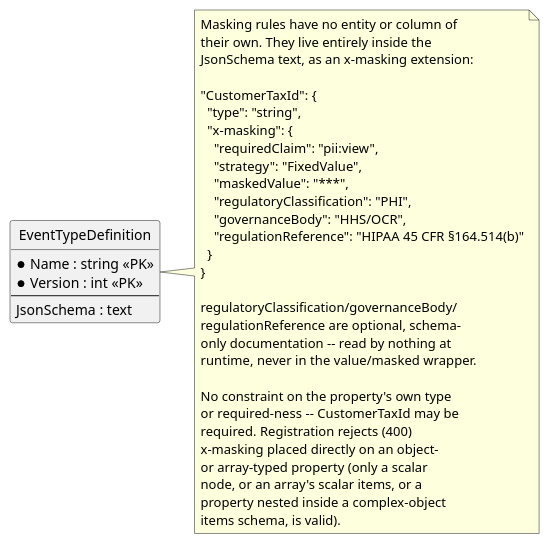
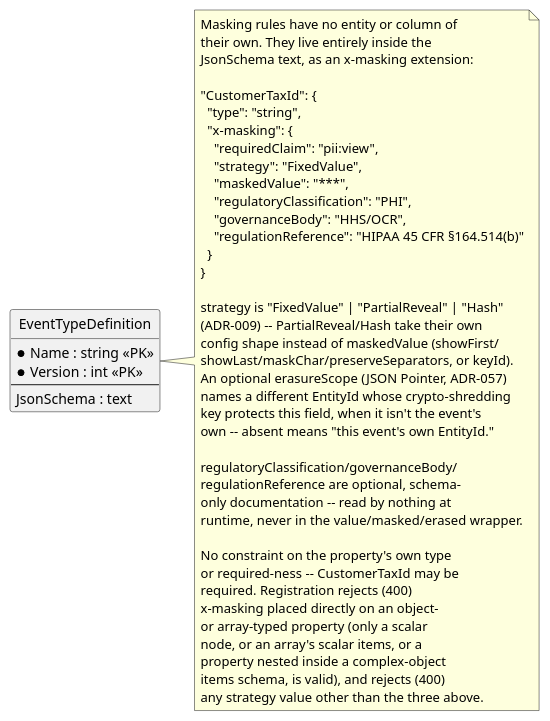
The second of 2 diagrams in docs/features/masking.md (Mwwhited-BookLearning/EventSourcing), drawn with PlantUML before and after one commit. The commit also changed other lines of this file and 39 other files, not shown here.

````diff
--- a/docs/features/masking.md
+++ b/docs/features/masking.md
@@ -90,45 +133,55 @@
 ```plantuml
 @startuml Masking_ER
 hide circle
 skinparam linetype ortho
 
 entity "EventTypeDefinition" as etd {
   * Name : string <<PK>>
   * Version : int <<PK>>
   --
   JsonSchema : text
 }
 
 note right of etd
   Masking rules have no entity or column of
   their own. They live entirely inside the
   JsonSchema text, as an x-masking extension:
 
   "CustomerTaxId": {
     "type": "string",
     "x-masking": {
       "requiredClaim": "pii:view",
       "strategy": "FixedValue",
       "maskedValue": "***",
       "regulatoryClassification": "PHI",
       "governanceBody": "HHS/OCR",
       "regulationReference": "HIPAA 45 CFR §164.514(b)"
     }
   }
 
+  strategy is "FixedValue" | "PartialReveal" | "Hash"
+  (ADR-009) -- PartialReveal/Hash take their own
+  config shape instead of maskedValue (showFirst/
+  showLast/maskChar/preserveSeparators, or keyId).
+  An optional erasureScope (JSON Pointer, ADR-057)
+  names a different EntityId whose crypto-shredding
+  key protects this field, when it isn't the event's
+  own -- absent means "this event's own EntityId."
+
   regulatoryClassification/governanceBody/
   regulationReference are optional, schema-
   only documentation -- read by nothing at
-  runtime, never in the value/masked wrapper.
+  runtime, never in the value/masked/erased wrapper.
 
   No constraint on the property's own type
   or required-ness -- CustomerTaxId may be
   required. Registration rejects (400)
   x-masking placed directly on an object-
   or array-typed property (only a scalar
   node, or an array's scalar items, or a
   property nested inside a complex-object
-  items schema, is valid).
+  items schema, is valid), and rejects (400)
+  any strategy value other than the three above.
 end note
 @enduml
 ```
````
